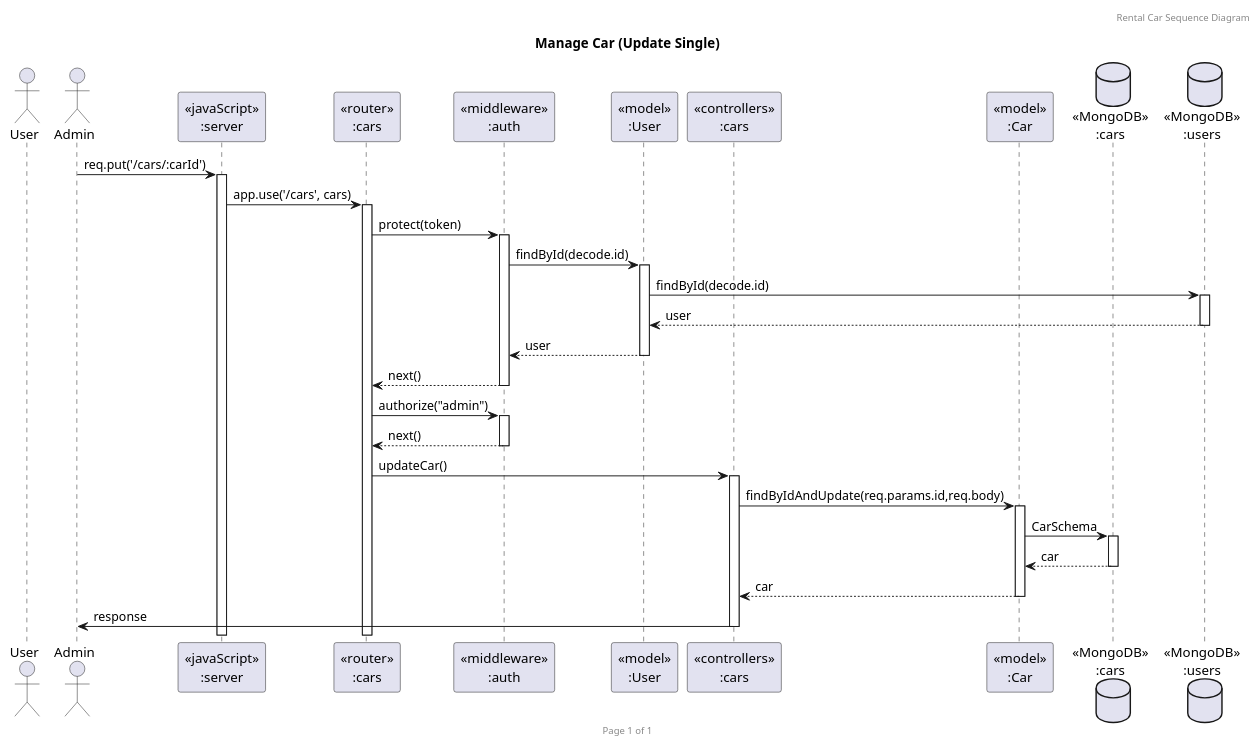
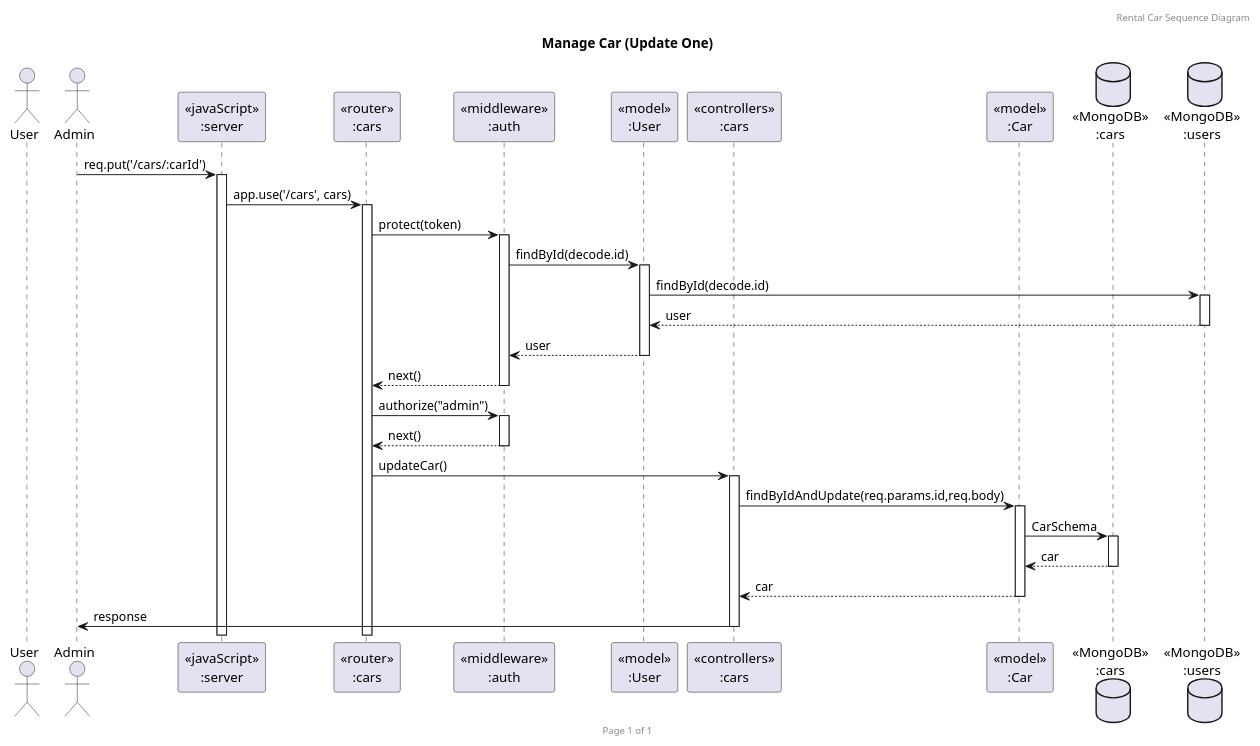
The diagram in documents/Sequence/Cars/4UpdateCar.puml (tahphalat/Backend-for-fe-project), drawn with PlantUML before and after one commit. The commit also changed 1 other file, not shown here.

Commit message:
satang make plantuml naming consistent across all files

```diff
--- a/documents/Sequence/Cars/4UpdateCar.puml
+++ b/documents/Sequence/Cars/4UpdateCar.puml
@@ -1,46 +1,46 @@
-@startuml Manage Car (Update Single)
+@startuml Manage Car (Update One)
 
 header Rental Car Sequence Diagram
 footer Page %page% of %lastpage%
-title "Manage Car (Update Single)"
+title "Manage Car (Update One)"
 
 ' --------------------------------------------------------------------
 actor "User" as user
 actor "Admin" as admin
 participant "<<javaScript>>\n:server" as server
 participant "<<router>>\n:cars" as routerCars
 participant "<<middleware>>\n:auth" as middlewareAuth
 participant "<<model>>\n:User" as modelUser
 participant "<<controllers>>\n:cars" as controllersCars
 participant "<<model>>\n:Car" as modelCars
 database "<<MongoDB>>\n:cars" as CarsDatabase
 database "<<MongoDB>>\n:users" as UsersDatabase
 
 ' --------------------------------------------------------------------
 admin -> server ++: req.put('/cars/:carId')
 
 server -> routerCars ++: app.use('/cars', cars)
 routerCars ->middlewareAuth ++: protect(token)
 middlewareAuth -> modelUser ++: findById(decode.id)
 modelUser -> UsersDatabase ++: findById(decode.id)
 modelUser <-- UsersDatabase --: user
 
 middlewareAuth <-- modelUser --:user
 
 routerCars <-- middlewareAuth --: next()
 
 
 routerCars -> middlewareAuth ++: authorize("admin")
 routerCars <-- middlewareAuth --: next()
 
 routerCars -> controllersCars ++: updateCar()
 
 controllersCars -> modelCars ++: findByIdAndUpdate(req.params.id,req.body)
 
 modelCars -> CarsDatabase ++: CarSchema
 CarsDatabase --> modelCars --: car
 controllersCars <-- modelCars --: car
 controllersCars -> admin --: response
 
 ' --------------------------------------------------------------------
 @enduml
```
